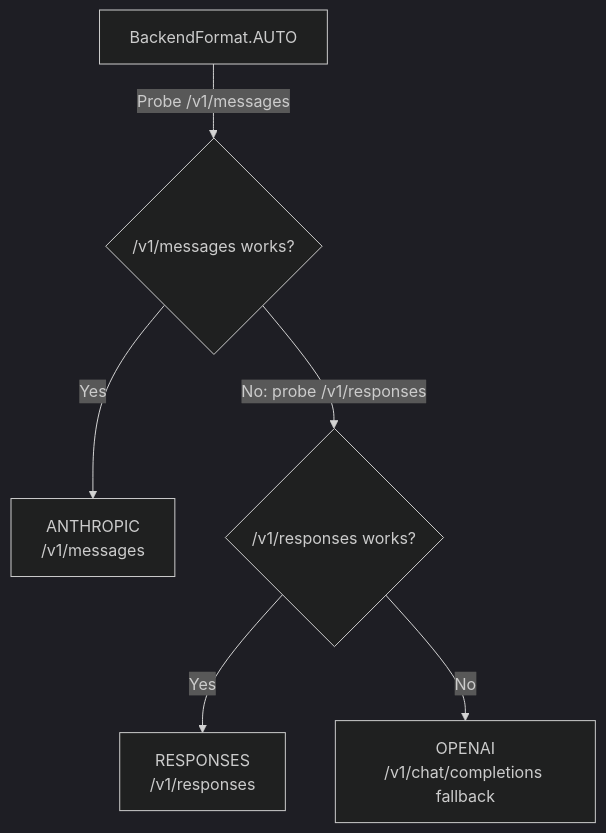
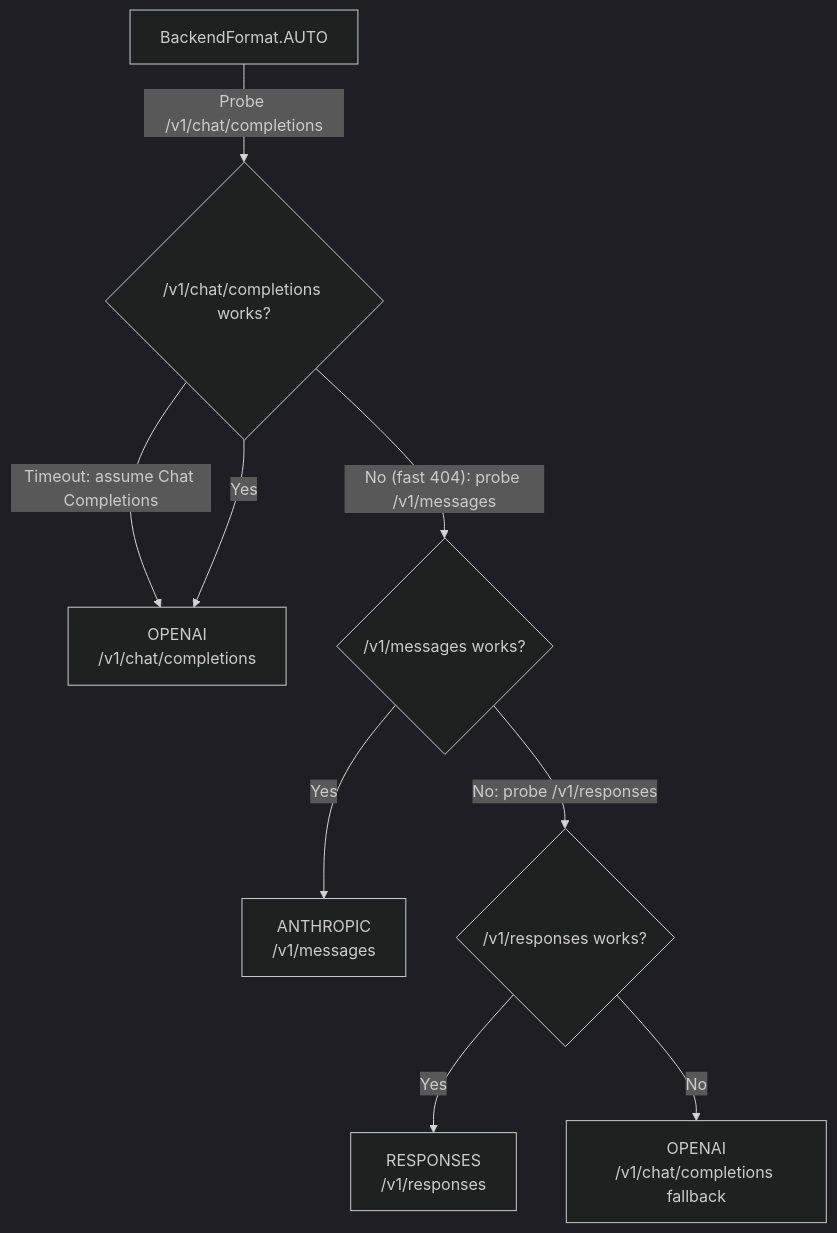
One commit to mich-xu/Switchyard changed the third of 3 diagrams in docs/architecture.md. Above: the diagram before and after it, drawn with Mermaid (dark theme).

Commit message:
docs(architecture): correct AUTO decision tree to probe Chat Completions first

````diff
--- a/docs/architecture.md
+++ b/docs/architecture.md
@@ -58,15 +58,20 @@
 ```mermaid
 flowchart TB
     auto["BackendFormat.AUTO"]
+    chat{"/v1/chat/completions works?"}
+    openai_chat["OPENAI<br/>/v1/chat/completions"]
     messages{"/v1/messages works?"}
     anthropic["ANTHROPIC<br/>/v1/messages"]
     responses{"/v1/responses works?"}
     responses_format["RESPONSES<br/>/v1/responses"]
-    openai["OPENAI<br/>/v1/chat/completions fallback"]
+    openai_fallback["OPENAI<br/>/v1/chat/completions fallback"]
 
-    auto -->|"Probe /v1/messages"| messages
+    auto -->|"Probe /v1/chat/completions"| chat
+    chat -->|"Timeout: assume Chat Completions"| openai_chat
+    chat -->|"Yes"| openai_chat
+    chat -->|"No (fast 404): probe /v1/messages"| messages
     messages -->|"Yes"| anthropic
     messages -->|"No: probe /v1/responses"| responses
     responses -->|"Yes"| responses_format
-    responses -->|"No"| openai
+    responses -->|"No"| openai_fallback
 ```
````
